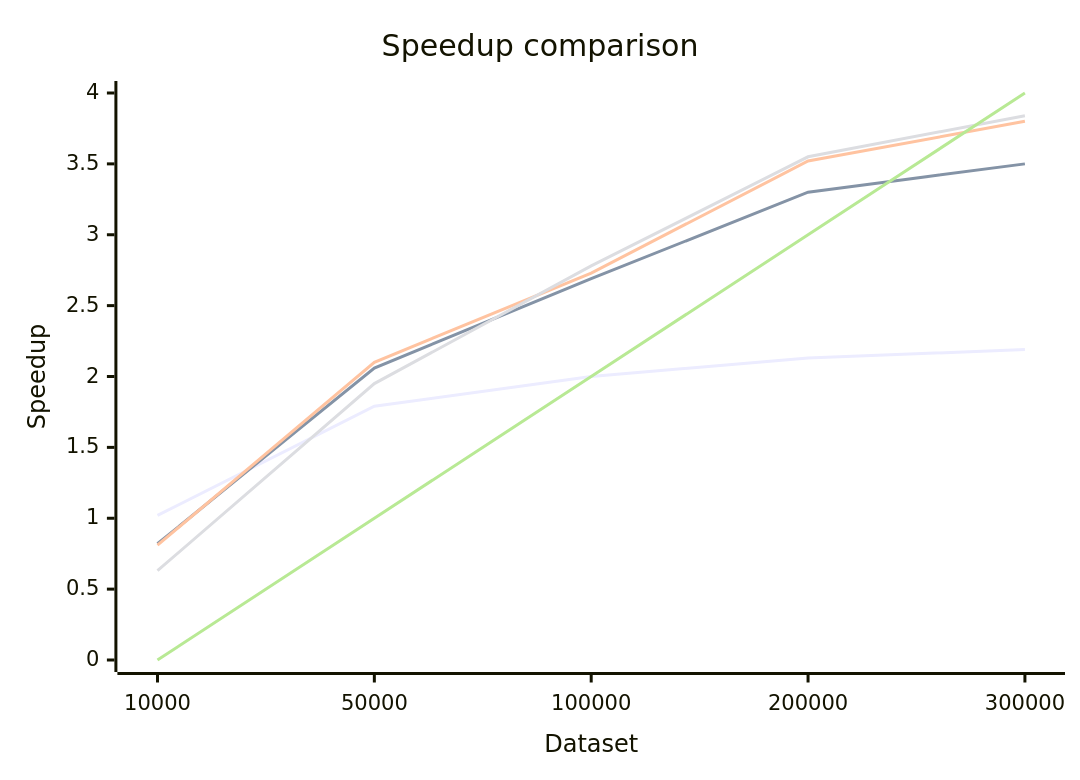
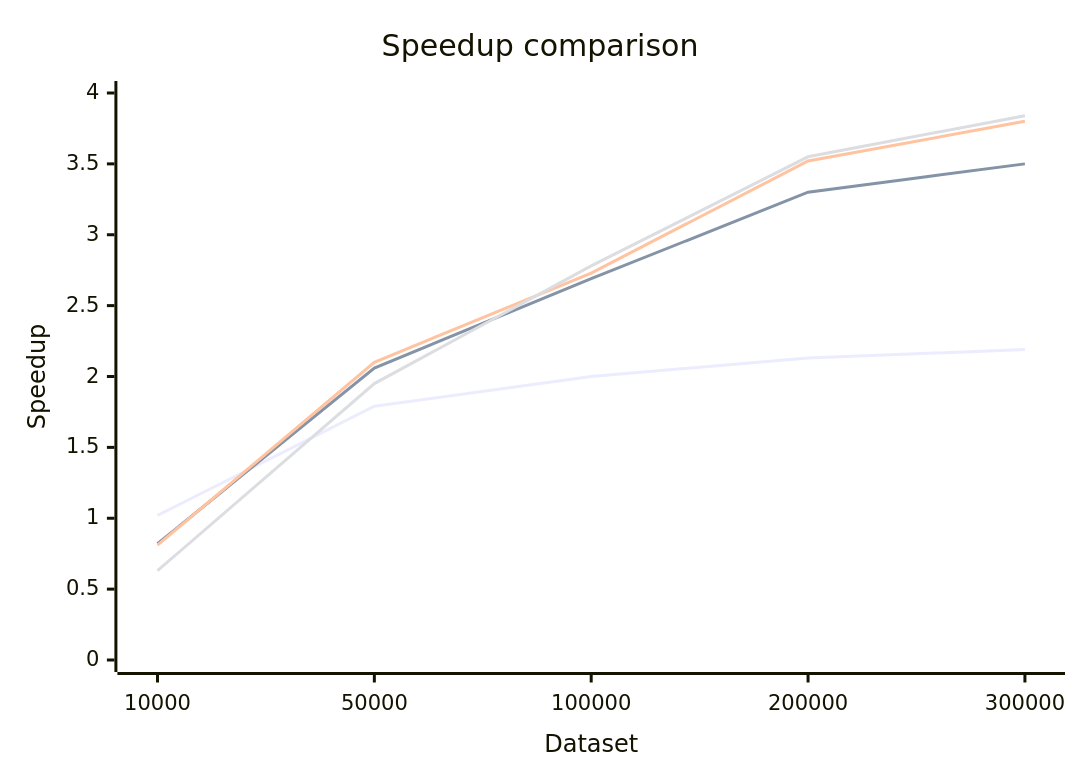
The sixth of 6 diagrams in lab3/README.md (deivgin/parallel-computing), drawn with Mermaid before and after one commit. The commit also changed 4 other files, not shown here.

````diff
--- a/lab3/README.md
+++ b/lab3/README.md
@@ -173,11 +173,10 @@
 ```mermaid
 xychart-beta
     title "Speedup comparison"
     x-axis "Dataset" ["10000", "50000", "100000", "200000", "300000"]
     y-axis "Speedup" 0 --> 4
     line "2 threads" [1.02, 1.79, 2.00, 2.13, 2.19]
     line "4 threads" [0.82, 2.06, 2.69, 3.30, 3.50]
     line "6 threads" [0.81, 2.10, 2.73, 3.52, 3.80]
     line "8 threads" [0.63, 1.95, 2.78, 3.55, 3.84]
-    line "reference" [0, 1, 2, 3, 4, 5]
 ```
````
